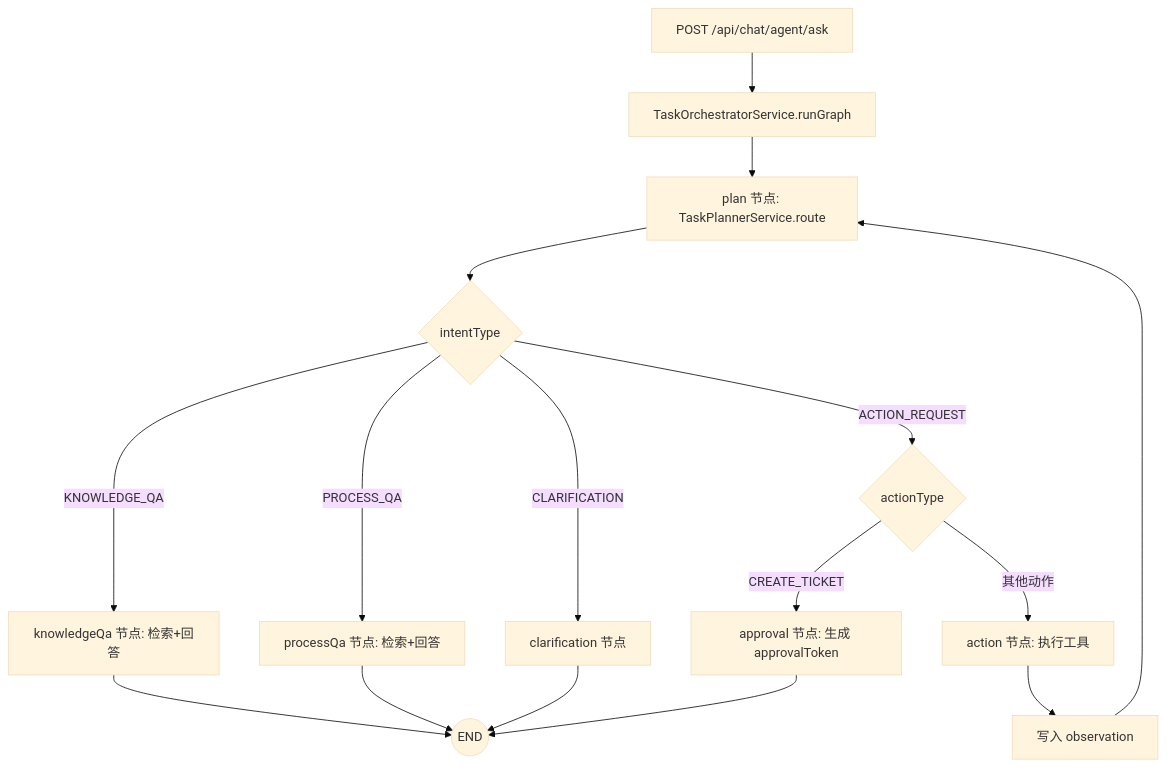
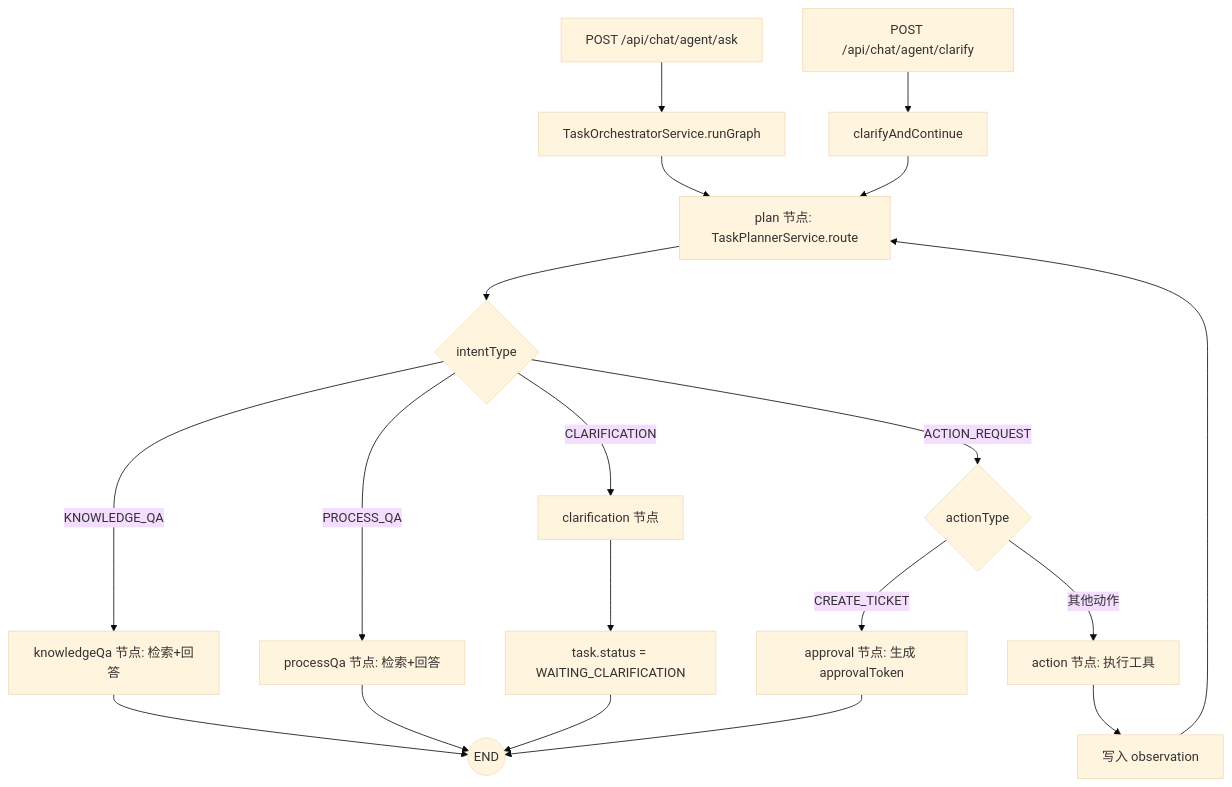
The second of 3 diagrams in README.md (HughIsGood/enterprise-assistant), drawn with Mermaid (base theme) before and after one commit.

Commit message:
docs: 补充澄清续跑流程图

````diff
--- a/README.md
+++ b/README.md
@@ -68,22 +68,25 @@
 ```mermaid
 flowchart TD
     A[POST /api/chat/agent/ask] --> B[TaskOrchestratorService.runGraph]
     B --> C[plan 节点: TaskPlannerService.route]
     C --> D{intentType}
 
     D -->|KNOWLEDGE_QA| K[knowledgeQa 节点: 检索+回答]
     D -->|PROCESS_QA| P[processQa 节点: 检索+回答]
     D -->|ACTION_REQUEST| E{actionType}
     D -->|CLARIFICATION| Q[clarification 节点]
 
     E -->|CREATE_TICKET| AP[approval 节点: 生成 approvalToken]
     E -->|其他动作| T[action 节点: 执行工具]
 
     T --> O[写入 observation]
     O --> C
 
     K --> END((END))
     P --> END
-    Q --> END
+    Q --> W[task.status = WAITING_CLARIFICATION]
+    W --> END
+    U2[POST /api/chat/agent/clarify] --> R[clarifyAndContinue]
+    R --> C
     AP --> END
 ```
````
